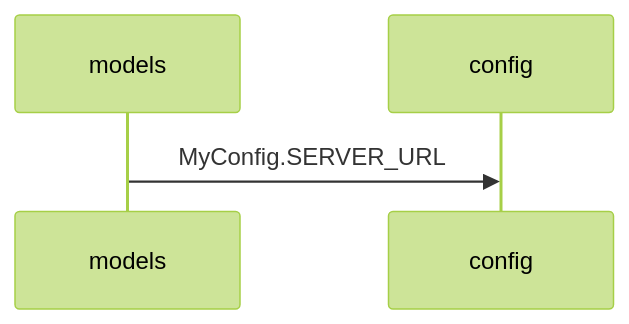
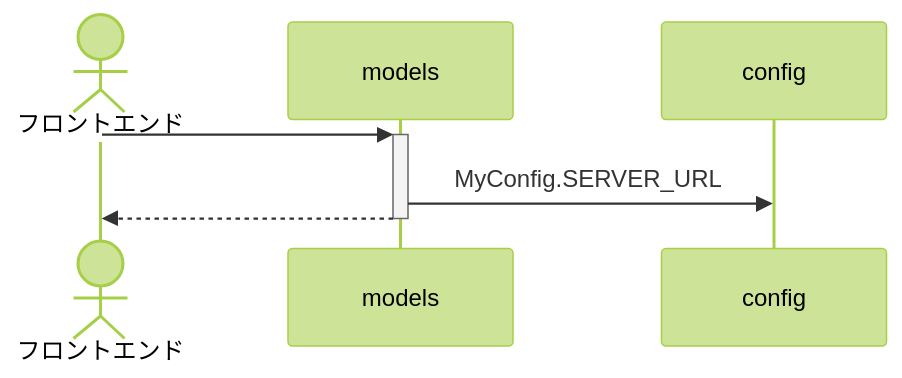
Before and after one commit to seal-git/22zemi: the seventh of 8 diagrams in python-flask/SequenceDiagram.md, drawn with Mermaid (forest theme). The commit also changed other lines of this file, not shown here.

Commit message:
SequenceDiagram

````diff
--- a/python-flask/SequenceDiagram.md
+++ b/python-flask/SequenceDiagram.md
@@ -65,4 +117,8 @@
 ```mermaid
 sequenceDiagram
+    actor フロントエンド
+    
+    フロントエンド ->>+ models : 
     models ->> config : MyConfig.SERVER_URL
+    models -->>- フロントエンド : 
 ```
````
